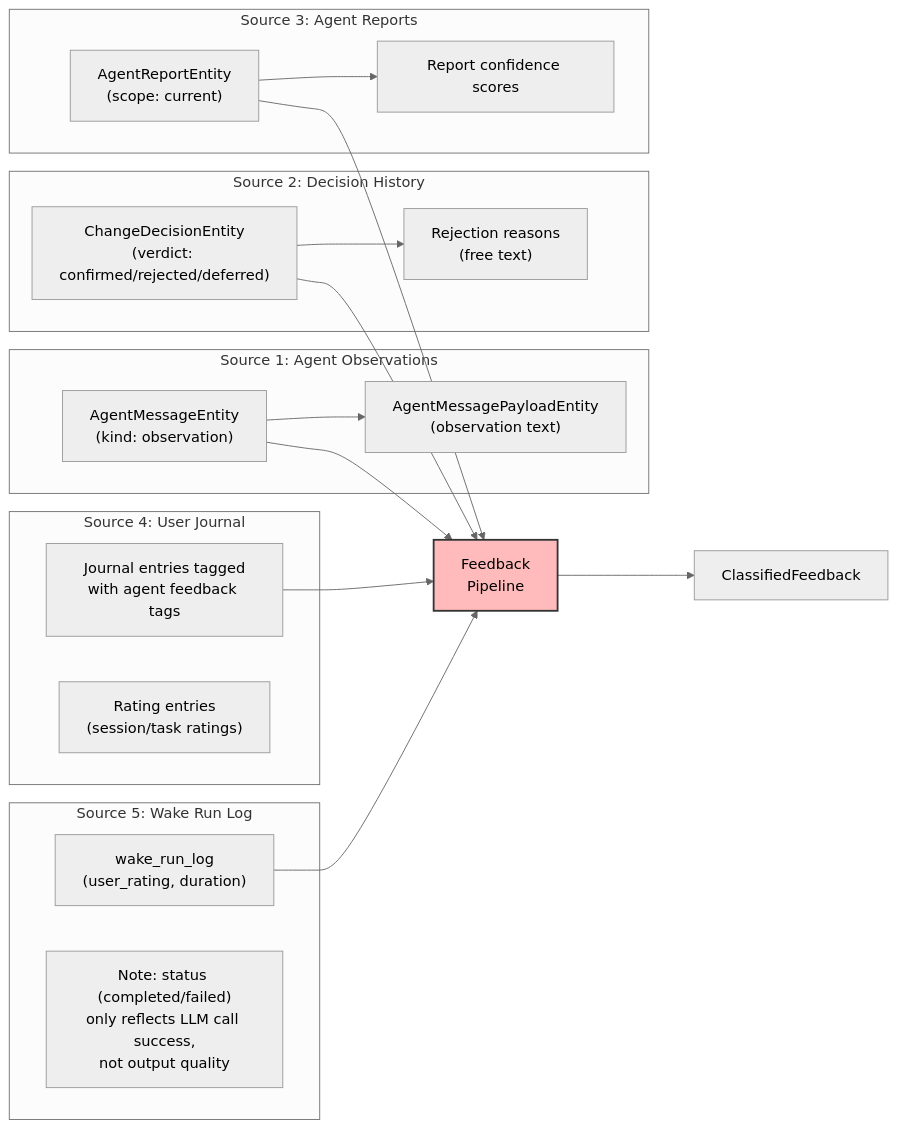
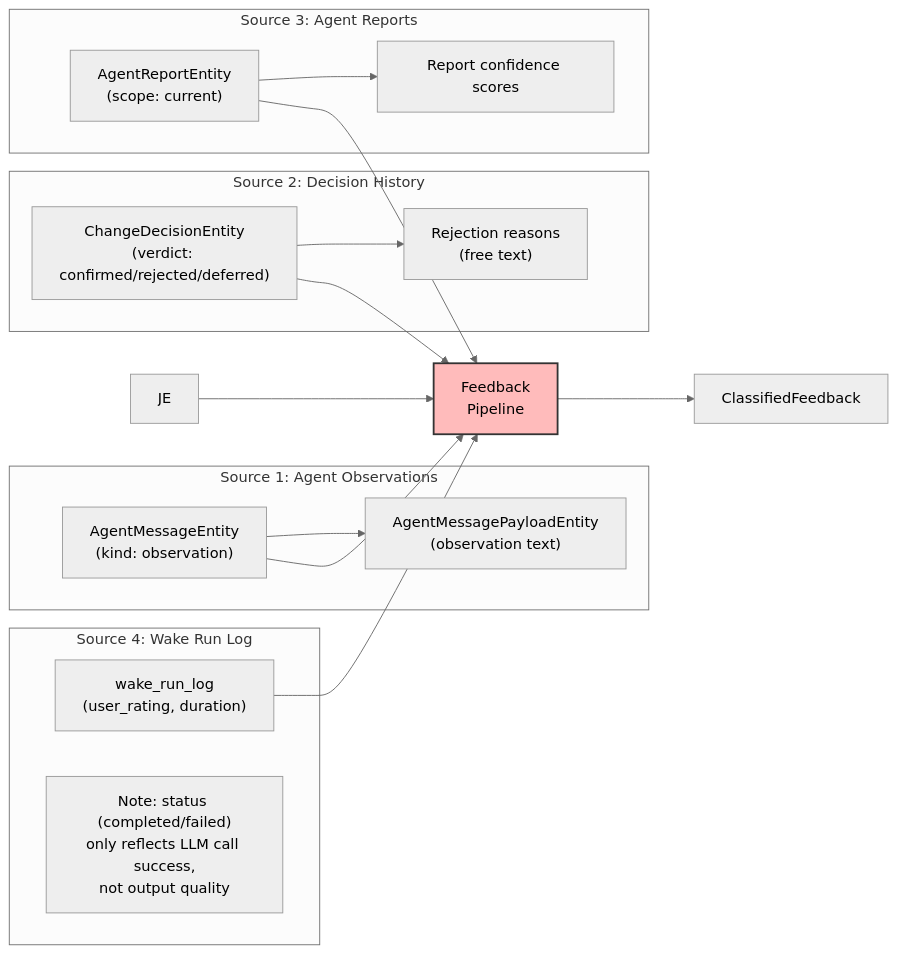
Before and after one commit to matthiasn/lotti: the sixth of 15 diagrams in docs/implementation_plans/2026-03-01_weekly_one_on_one_self_learning_cycle.md, drawn with Mermaid (neutral theme). The commit also changed other lines of this file and 1 other file, not shown here.

````diff
--- a/docs/implementation_plans/2026-03-01_weekly_one_on_one_self_learning_cycle.md
+++ b/docs/implementation_plans/2026-03-01_weekly_one_on_one_self_learning_cycle.md
@@ -380,40 +383,35 @@
 ```mermaid
 flowchart LR
     subgraph "Source 1: Agent Observations"
         AO["AgentMessageEntity\n(kind: observation)"]
         AOP["AgentMessagePayloadEntity\n(observation text)"]
         AO --> AOP
     end
 
     subgraph "Source 2: Decision History"
         CD["ChangeDecisionEntity\n(verdict: confirmed/rejected/deferred)"]
         CR["Rejection reasons\n(free text)"]
         CD --> CR
     end
 
     subgraph "Source 3: Agent Reports"
         AR["AgentReportEntity\n(scope: current)"]
         ARC["Report confidence scores"]
         AR --> ARC
     end
 
-    subgraph "Source 4: User Journal"
-        JE["Journal entries tagged\nwith agent feedback tags"]
-        RT["Rating entries\n(session/task ratings)"]
-    end
-
-    subgraph "Source 5: Wake Run Log"
+    subgraph "Source 4: Wake Run Log"
         WR["wake_run_log\n(user_rating, duration)"]
         WRN["Note: status (completed/failed)\nonly reflects LLM call success,\nnot output quality"]
     end
 
     AO --> FP["Feedback\nPipeline"]
     CD --> FP
     AR --> FP
     JE --> FP
     WR --> FP
 
     FP --> CF["ClassifiedFeedback"]
 
     style FP fill:#fbb,stroke:#333,stroke-width:2px
 ```
````
